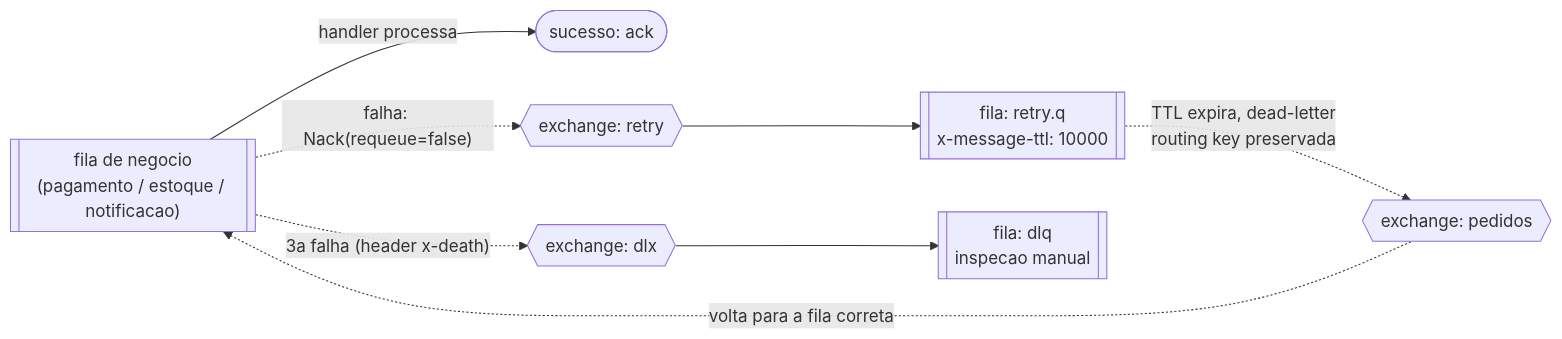
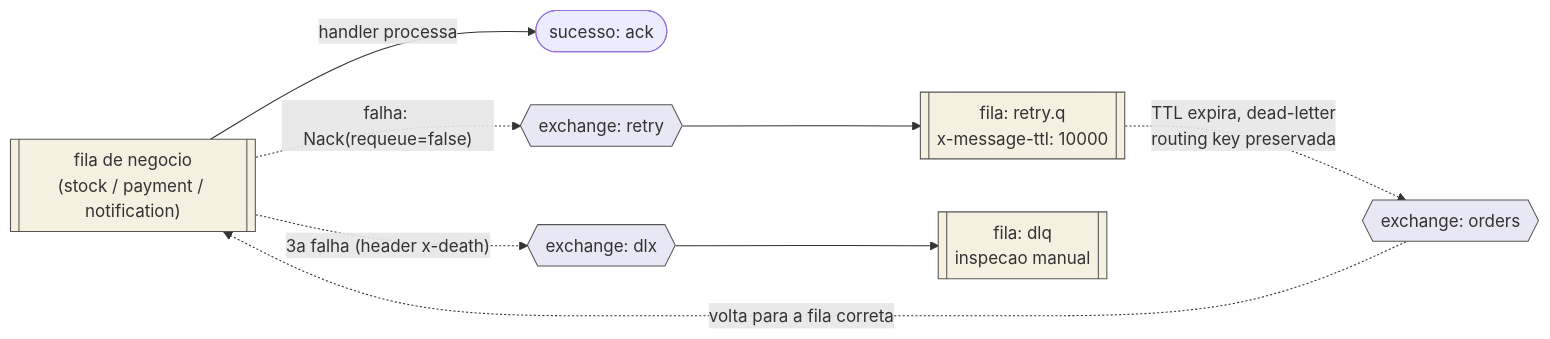
The fifth of 6 diagrams in docs/etapa2.md (NicolasPaterno/message-queue-ecommerce), drawn with Mermaid before and after one commit. The commit also changed other lines of this file, not shown here.

Commit message:
docs(etapa2): reserve stock before payment with ttl expiry and cas status

````diff
--- a/docs/etapa2.md
+++ b/docs/etapa2.md
@@ -271,11 +361,16 @@
 ```mermaid
 flowchart LR
-    Q[["fila de negocio<br/>(pagamento / estoque / notificacao)"]]
+    Q[["fila de negocio<br/>(stock / payment / notification)"]]
     Q -->|handler processa| OK([sucesso: ack])
     Q -.->|"falha: Nack(requeue=false)"| RX{{exchange: retry}}
     RX --> RQ[["fila: retry.q<br/>x-message-ttl: 10000"]]
-    RQ -.->|"TTL expira, dead-letter<br/>routing key preservada"| EX{{exchange: pedidos}}
+    RQ -.->|"TTL expira, dead-letter<br/>routing key preservada"| EX{{exchange: orders}}
     EX -.->|volta para a fila correta| Q
     Q -.->|"3a falha (header x-death)"| DX{{exchange: dlx}}
     DX --> DLQ[["fila: dlq<br/>inspecao manual"]]
+
+    classDef ex fill:#e8e8f5,stroke:#555
+    classDef q fill:#f5f0e0,stroke:#555
+    class RX,EX,DX ex
+    class Q,RQ,DLQ q
 ```
````
